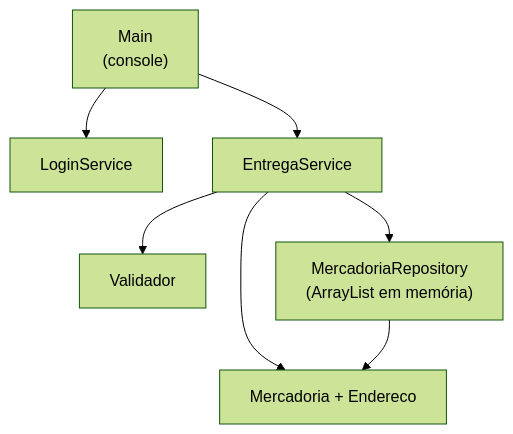
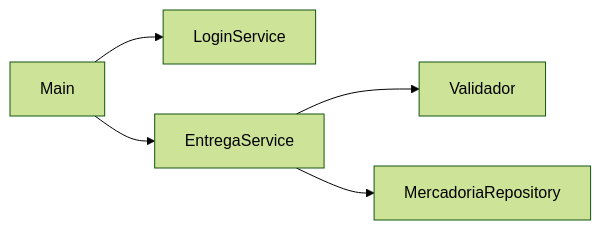
One commit to AugustoMorais222/Projeto-Entregas-Escape-Room changed the diagram in README.md. Above: the diagram before and after it, drawn with Mermaid (forest theme). The commit also changed other lines of this file, not shown here.

````diff
--- a/README.md
+++ b/README.md
@@ -181,16 +43,7 @@
 ```mermaid
-flowchart TD
-    Main["Main<br/>(console)"]
-    Login["LoginService"]
-    Entrega["EntregaService"]
-    Validador["Validador"]
-    Repo["MercadoriaRepository<br/>(ArrayList em memória)"]
-    Modelo["Mercadoria + Endereco"]
-
-    Main --> Login
-    Main --> Entrega
-    Entrega --> Validador
-    Entrega --> Repo
-    Entrega --> Modelo
-    Repo --> Modelo
+flowchart LR
+    Main --> LoginService
+    Main --> EntregaService
+    EntregaService --> Validador
+    EntregaService --> MercadoriaRepository
 ```
````
